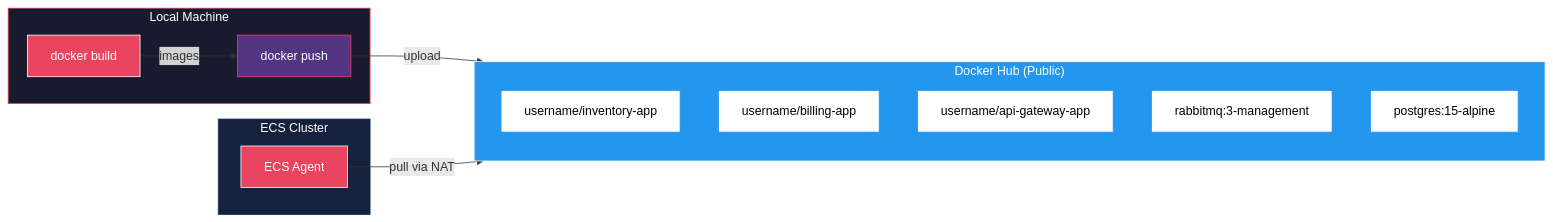
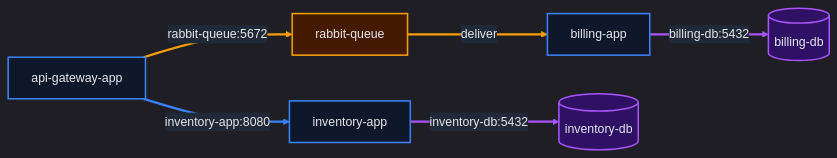
The second of 3 diagrams in docs/architecture-plan.md (oriax11/Cloud-Design), drawn with Mermaid before and after one commit. The commit also changed other lines of this file and 1 other file, not shown here.

````diff
--- a/docs/architecture-plan.md
+++ b/docs/architecture-plan.md
@@ -122,35 +236,21 @@
 ```mermaid
+%%{init: {'theme':'dark', 'themeVariables': {'background':'#0f172a','mainBkg':'#1f2937','primaryColor':'#1f2937','primaryTextColor':'#e5e7eb','primaryBorderColor':'#e94560','lineColor':'#9ca3af','textColor':'#e5e7eb','clusterBkg':'#111827','clusterBorder':'#533483','edgeLabelBackground':'#1f2937','fontFamily':'ui-monospace, monospace'}}}%%
 flowchart LR
-    subgraph Local["Local Machine"]
-        BUILD[docker build]
-        PUSH[docker push]
-    end
+    GW[api-gateway-app] -->|"inventory-app:8080"| INV[inventory-app]
+    GW -->|"rabbit-queue:5672"| RABBIT[rabbit-queue]
+    RABBIT -->|"deliver"| BILL[billing-app]
+    INV -->|"inventory-db:5432"| INVDB[(inventory-db)]
+    BILL -->|"billing-db:5432"| BILLDB[(billing-db)]
 
-    subgraph DockerHub["Docker Hub (Public)"]
-        R1[username/inventory-app]
-        R2[username/billing-app]
-        R3[username/api-gateway-app]
-        R4[rabbitmq:3-management]
-        R5[postgres:15-alpine]
-    end
+    classDef app fill:#0f172a,stroke:#3b82f6,color:#e5e7eb,stroke-width:2px
+    classDef queue fill:#451a03,stroke:#f59e0b,color:#e5e7eb,stroke-width:2px
+    classDef db fill:#2e1065,stroke:#a855f7,color:#e5e7eb,stroke-width:2px
 
-    subgraph ECS["ECS Cluster"]
-        AGENT[ECS Agent]
-    end
+    class GW,INV,BILL app
+    class RABBIT queue
+    class INVDB,BILLDB db
 
-    BUILD -->|images| PUSH
-    PUSH -->|upload| DockerHub
-    AGENT -->|pull via NAT| DockerHub
-
-    style Local fill:#1a1a2e,stroke:#e94560,color:#ffffff
-    style DockerHub fill:#2496ED,stroke:#ffffff,color:#ffffff
-    style ECS fill:#16213e,stroke:#0f3460,color:#ffffff
-    style BUILD fill:#e94560,stroke:#ffffff,color:#ffffff
-    style PUSH fill:#533483,stroke:#e94560,color:#ffffff
-    style R1 fill:#ffffff,stroke:#2496ED,color:#000000
-    style R2 fill:#ffffff,stroke:#2496ED,color:#000000
-    style R3 fill:#ffffff,stroke:#2496ED,color:#000000
-    style R4 fill:#ffffff,stroke:#2496ED,color:#000000
-    style R5 fill:#ffffff,stroke:#2496ED,color:#000000
-    style AGENT fill:#e94560,stroke:#ffffff,color:#ffffff
+    linkStyle 0 stroke:#3b82f6,stroke-width:3px
+    linkStyle 1,2 stroke:#f59e0b,stroke-width:3px
+    linkStyle 3,4 stroke:#a855f7,stroke-width:3px
 ```
````
